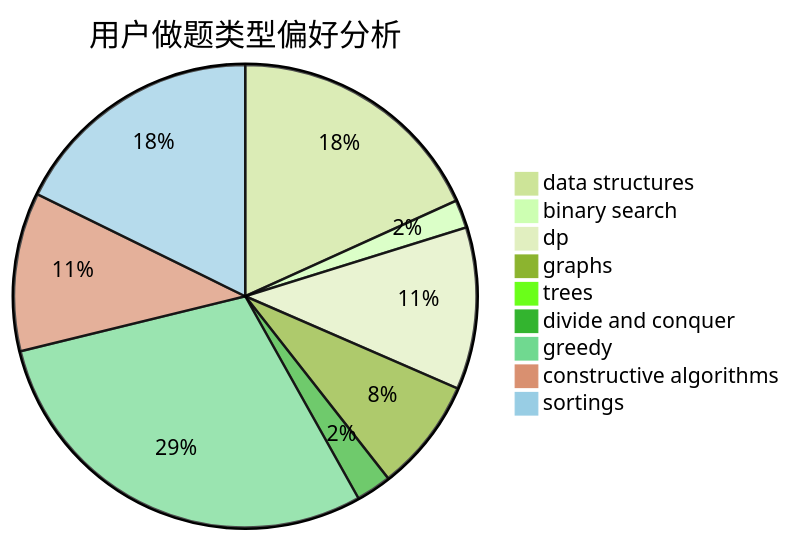
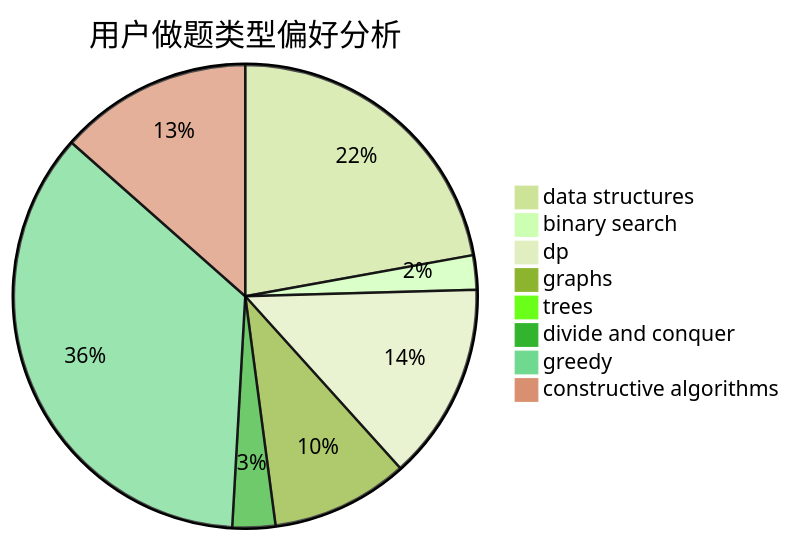
The second of 3 diagrams in docs/user/u2493.md (sherpahu/cfrs.github.io), drawn with Mermaid (forest theme) before and after one commit. The commit also changed other lines of this file and 2769 other files, not shown here.

````diff
--- a/docs/user/u2493.md
+++ b/docs/user/u2493.md
@@ -18,12 +18,11 @@
 ```mermaid
 pie title 用户做题类型偏好分析
     "data structures" :  74
     "binary search" :  8
     "dp" :  46
     "graphs" :  32
     "trees" :  1
     "divide and conquer" :  10
     "greedy" :  119
     "constructive algorithms" :  45
-    "sortings" :  72
 ```
````
